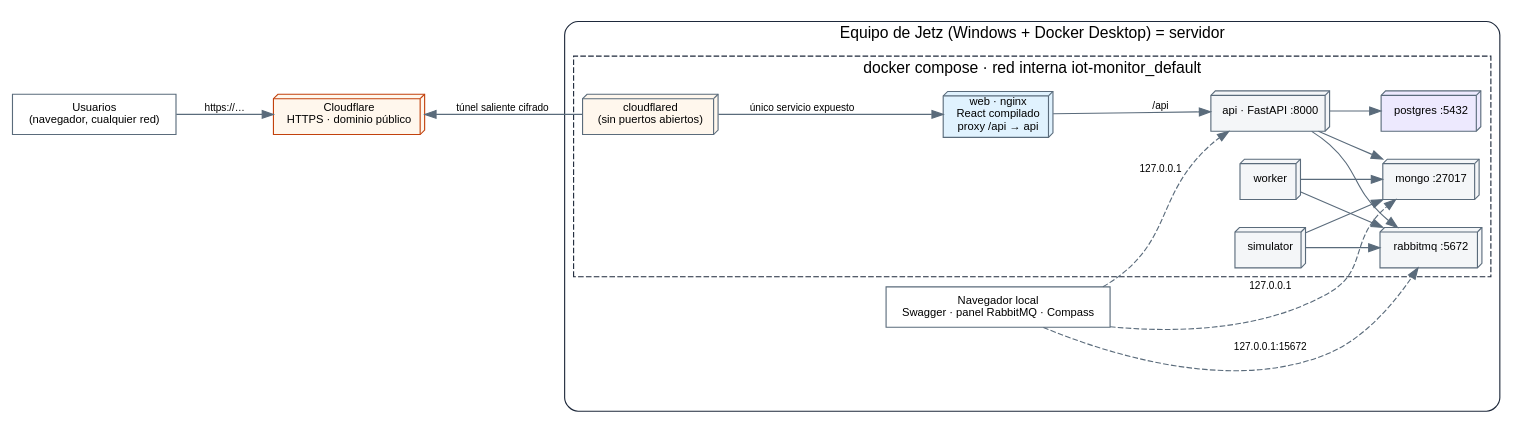
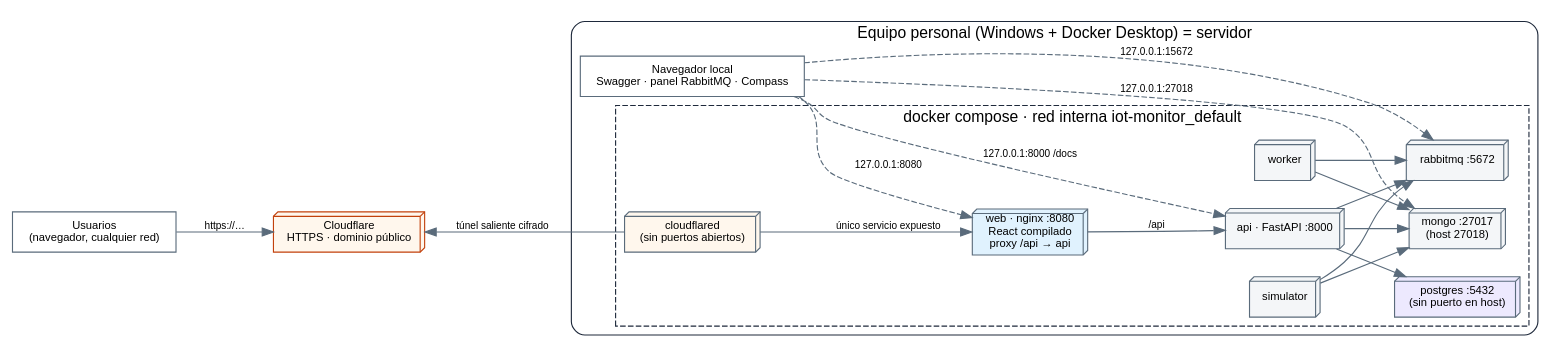
One commit to JetzLv/MonitoreoSensores changed the diagram in docs/diagramas/despliegue.dot. Above: the diagram before and after it, drawn with Graphviz. The commit also changed 10 other files, not shown here.

Commit message:
Diagramas: casos de uso, actividades y ajustes de despliegue y clases

```diff
--- a/docs/diagramas/despliegue.dot
+++ b/docs/diagramas/despliegue.dot
@@ -1,19 +1,19 @@
 digraph D {
 rankdir=LR; bgcolor="white"; fontname="Helvetica"; nodesep=0.35; ranksep=0.6;
 node [shape=box3d, style=filled, fillcolor="#F4F6F8", color="#5A6B7B", fontname="Helvetica", fontsize=10];
 edge [color="#5A6B7B", fontname="Helvetica", fontsize=9];
 usr [label="Usuarios\n(navegador, cualquier red)", shape=box, fillcolor="#FFFFFF"];
 cf [label="Cloudflare\nHTTPS · dominio público", fillcolor="#FFF7ED", color="#C2410C"];
-subgraph cluster_pc { label="Equipo de Jetz (Windows + Docker Desktop) = servidor"; style=rounded; color="#1E293B";
+subgraph cluster_pc { label="Equipo personal (Windows + Docker Desktop) = servidor"; style=rounded; color="#1E293B";
   adm [label="Navegador local\nSwagger · panel RabbitMQ · Compass", shape=box, fillcolor="#FFFFFF"];
   subgraph cluster_dc { label="docker compose · red interna iot-monitor_default"; style=dashed;
     tun [label="cloudflared\n(sin puertos abiertos)", fillcolor="#FFF7ED"];
-    web [label="web · nginx\nReact compilado\nproxy /api → api", fillcolor="#E0F2FE"];
+    web [label="web · nginx :8080\nReact compilado\nproxy /api → api", fillcolor="#E0F2FE"];
     api [label="api · FastAPI :8000"];
     w [label="worker"]; s [label="simulator"];
-    r [label="rabbitmq :5672"]; m [label="mongo :27017"]; p [label="postgres :5432", fillcolor="#EDE9FE"]; } }
+    r [label="rabbitmq :5672"]; m [label="mongo :27017\n(host 27018)"]; p [label="postgres :5432\n(sin puerto en host)", fillcolor="#EDE9FE"]; } }
 usr -> cf [label="https://…"]; cf -> tun [label="túnel saliente cifrado", dir=back];
 tun -> web [label="único servicio expuesto"]; web -> api [label="/api"];
 api -> m; api -> p; api -> r; w -> m; w -> r; s -> r; s -> m;
-adm -> api [label="127.0.0.1", style=dashed]; adm -> r [label="127.0.0.1:15672", style=dashed]; adm -> m [label="127.0.0.1", style=dashed];
+adm -> web [label="127.0.0.1:8080", style=dashed]; adm -> api [label="127.0.0.1:8000 /docs", style=dashed]; adm -> r [label="127.0.0.1:15672", style=dashed]; adm -> m [label="127.0.0.1:27018", style=dashed];
 }
```
